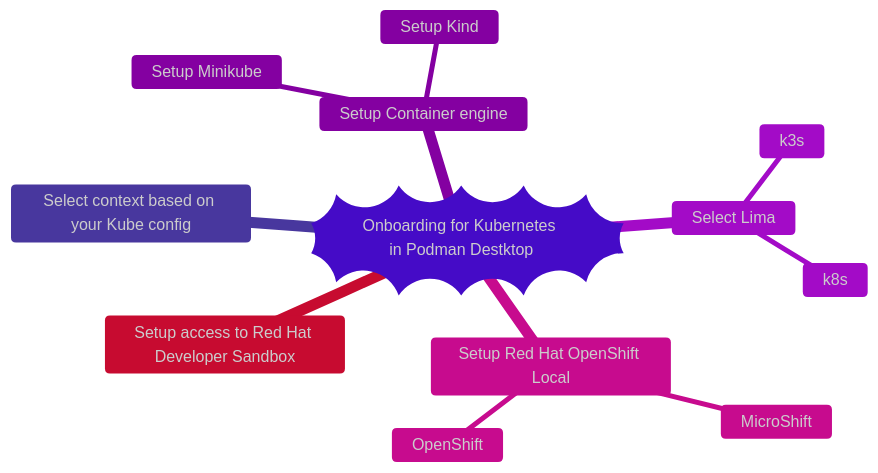
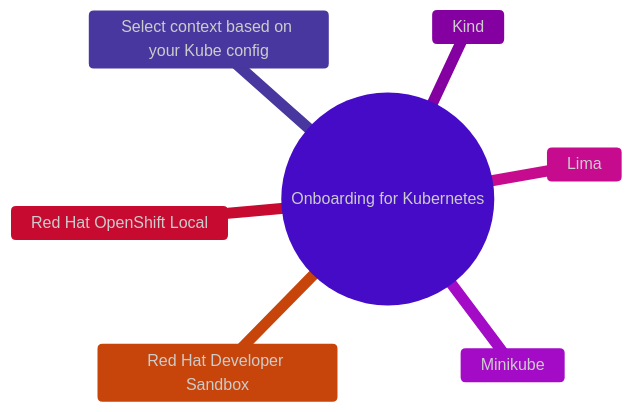
Before and after one commit to containers/podman-desktop: the diagram in website/docs/onboarding/kubernetes/img/onboarding-for-kubernetes.mmd, drawn with Mermaid. The commit also changed 1 other file, not shown here.

Commit message:
docs: simpler diagram

```diff
--- a/website/docs/onboarding/kubernetes/img/onboarding-for-kubernetes.mmd
+++ b/website/docs/onboarding/kubernetes/img/onboarding-for-kubernetes.mmd
@@ -1,33 +1,28 @@
 ---
 title: Onboarding for Kubernetes workloads
 config:
     theme: "base"
     themeVariables:
         darkmode: true
         background: "#000000"
         fontFamily: "Montserrat"
         fontSize: 16px
         primaryBorderColor: "#8b5cf6"
         primaryColor: "#8b5cf6"
         primaryTextColor: "#cccccc"
         secondaryBorderColor: "#8f81d3"
         secondaryColor: "#8f81d3"
         tertiaryBorderColor: "#d721ff"
         tertiaryColor: "#d721ff"
         noteBorderColor: "#fff5ad"
         noteBkgColor: "#fff5ad"
 ---
 
 mindmap
-  root))Onboarding for Kubernetes in Podman Destktop((
+  root((Onboarding for Kubernetes))
     Select context based on your Kube config
-    Setup Container engine
-        Setup Kind
-        Setup Minikube
-    Select Lima
-        k3s
-        k8s
-    Setup Red Hat OpenShift Local
-        MicroShift
-        OpenShift
-    Setup access to Red Hat Developer Sandbox
+    Kind
+    Minikube
+    Lima
+    Red Hat OpenShift Local
+    Red Hat Developer Sandbox
```
